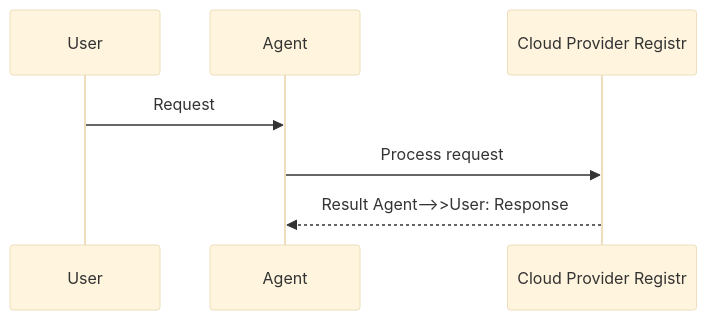
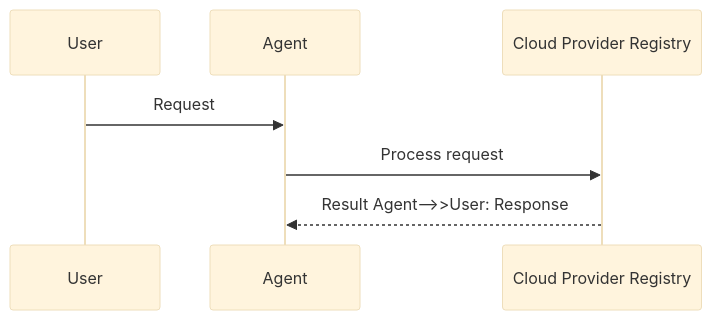
Before and after one commit to MervinPraison/PraisonAIDocs: the second of 2 diagrams in docs/features/cloud-provider-registry.mdx, drawn with Mermaid (base theme). The commit also changed 45 other files, not shown here.

First line of the commit message:
docs: fix truncated Mermaid diagram feature names (22-char cutoff)

````diff
--- a/docs/features/cloud-provider-registry.mdx
+++ b/docs/features/cloud-provider-registry.mdx
@@ -40,10 +40,10 @@
 ```mermaid
 sequenceDiagram
     participant User
     participant Agent
-    participant Feature as Cloud Provider Registr
+    participant Feature as Cloud Provider Registry
 
     User->>Agent: Request
     Agent->>Feature: Process request
     Feature-->>Agent: Result    Agent-->>User: Response
 ```
````
